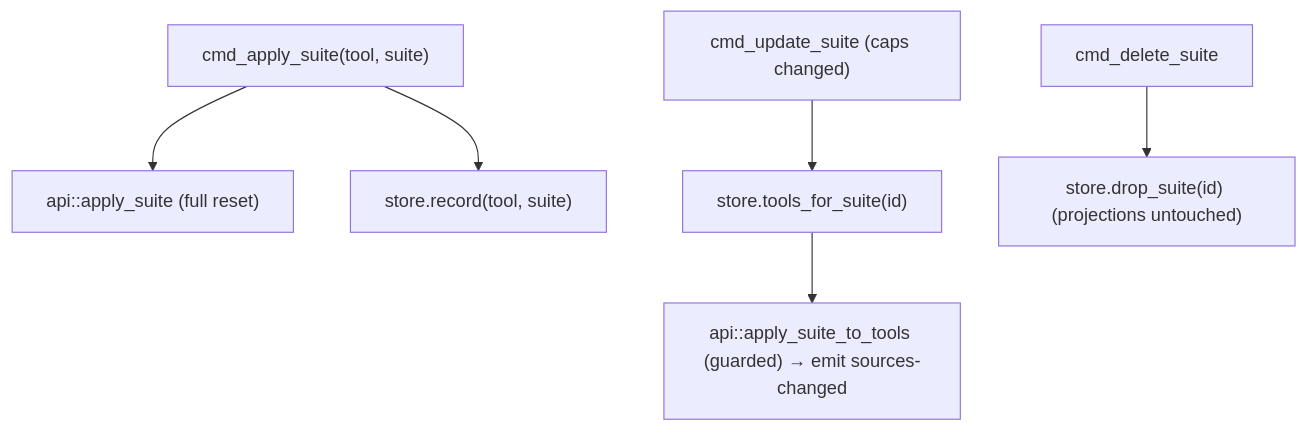
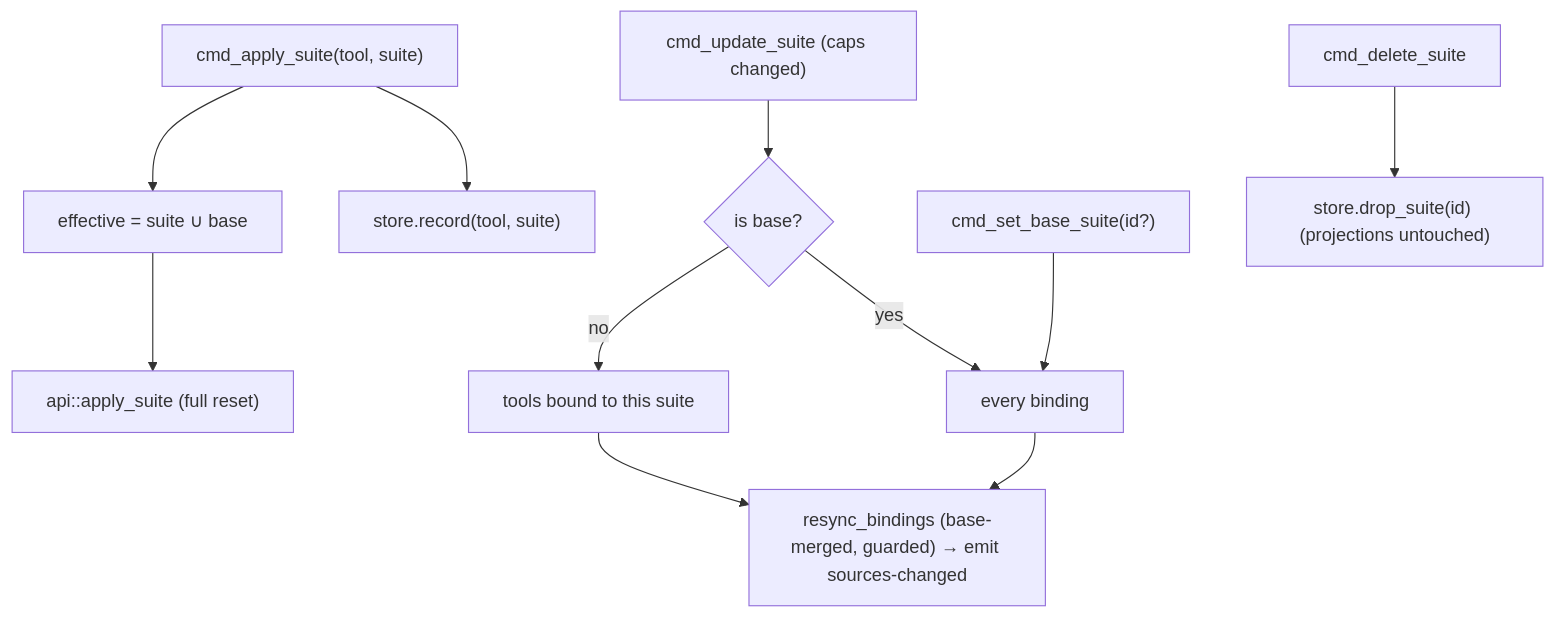
One commit to elaboration-studio/agentic-hub changed the diagram in docs/tech/modules/suite-bindings.md. Above: the diagram before and after it, drawn with Mermaid. The commit also changed other lines of this file and 24 other files, not shown here.

First line of the commit message:
feat: base suite global merge + manager suite-lock

````diff
--- a/docs/tech/modules/suite-bindings.md
+++ b/docs/tech/modules/suite-bindings.md
@@ -53,8 +53,13 @@
 ```mermaid
 flowchart TD
-  apply["cmd_apply_suite(tool, suite)"] --> reset["api::apply_suite (full reset)"]
+  apply["cmd_apply_suite(tool, suite)"] --> merge["effective = suite ∪ base"]
+  merge --> reset["api::apply_suite (full reset)"]
   apply --> rec["store.record(tool, suite)"]
-  upd["cmd_update_suite (caps changed)"] --> tf["store.tools_for_suite(id)"]
-  tf --> resync["api::apply_suite_to_tools (guarded) → emit sources-changed"]
+  upd["cmd_update_suite (caps changed)"] --> which{"is base?"}
+  which -- "no" --> tf["tools bound to this suite"]
+  which -- "yes" --> allb["every binding"]
+  tf --> resync["resync_bindings (base-merged, guarded) → emit sources-changed"]
+  allb --> resync
+  setb["cmd_set_base_suite(id?)"] --> allb
   del["cmd_delete_suite"] --> drop["store.drop_suite(id) (projections untouched)"]
 ```
````
